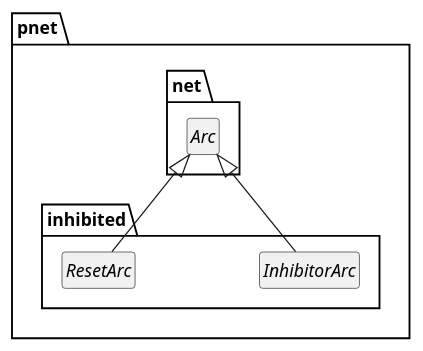
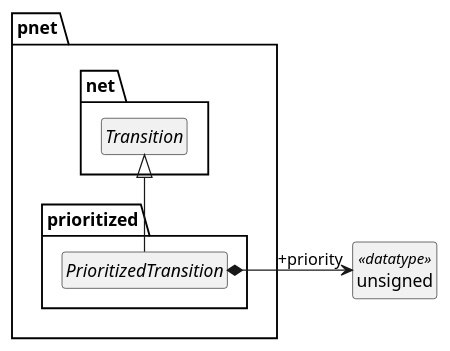
One commit to johnstonskj/rust-ptnets changed diagram 12 of 28 in doc/index.org. Above: the diagram before and after it, drawn with PlantUML. The commit also changed other lines of this file and 26 other files, not shown here.

```diff
--- a/doc/index.org
+++ b/doc/index.org
@@ -382,20 +686,21 @@
-#+BEGIN_SRC plantuml :file ptnet-model-inhibited.svg
+#+BEGIN_SRC plantuml :file ptnet-model-prioritized.svg
 skinparam backgroundColor transparent
 skinparam style strictuml
 skinparam linetype polyline
 skinparam nodesep 100
 
 hide empty members
 
+class unsigned <<datatype>>
+
 package pnet {
     package net {
-        interface Arc
+        interface Transition
     }
-    package inhibited {
-        interface InhibitorArc {}
-        InhibitorArc -up-|> Arc
-        interface ResetArc {}
-        ResetArc -up-|> Arc
+    package prioritized {
+        interface PrioritizedTransition {}
+        PrioritizedTransition *-> "+priority" unsigned
+        PrioritizedTransition -up-|> Transition
     }
 }
 #+END_SRC
```
